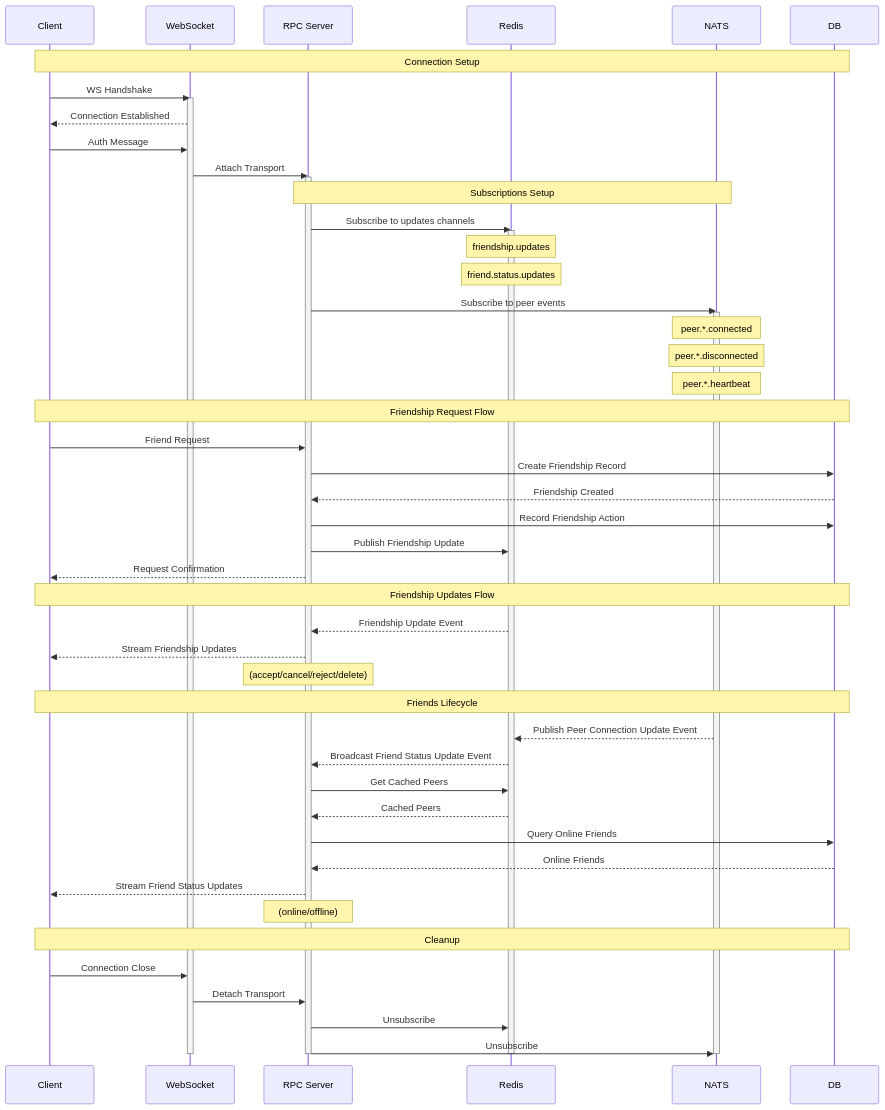
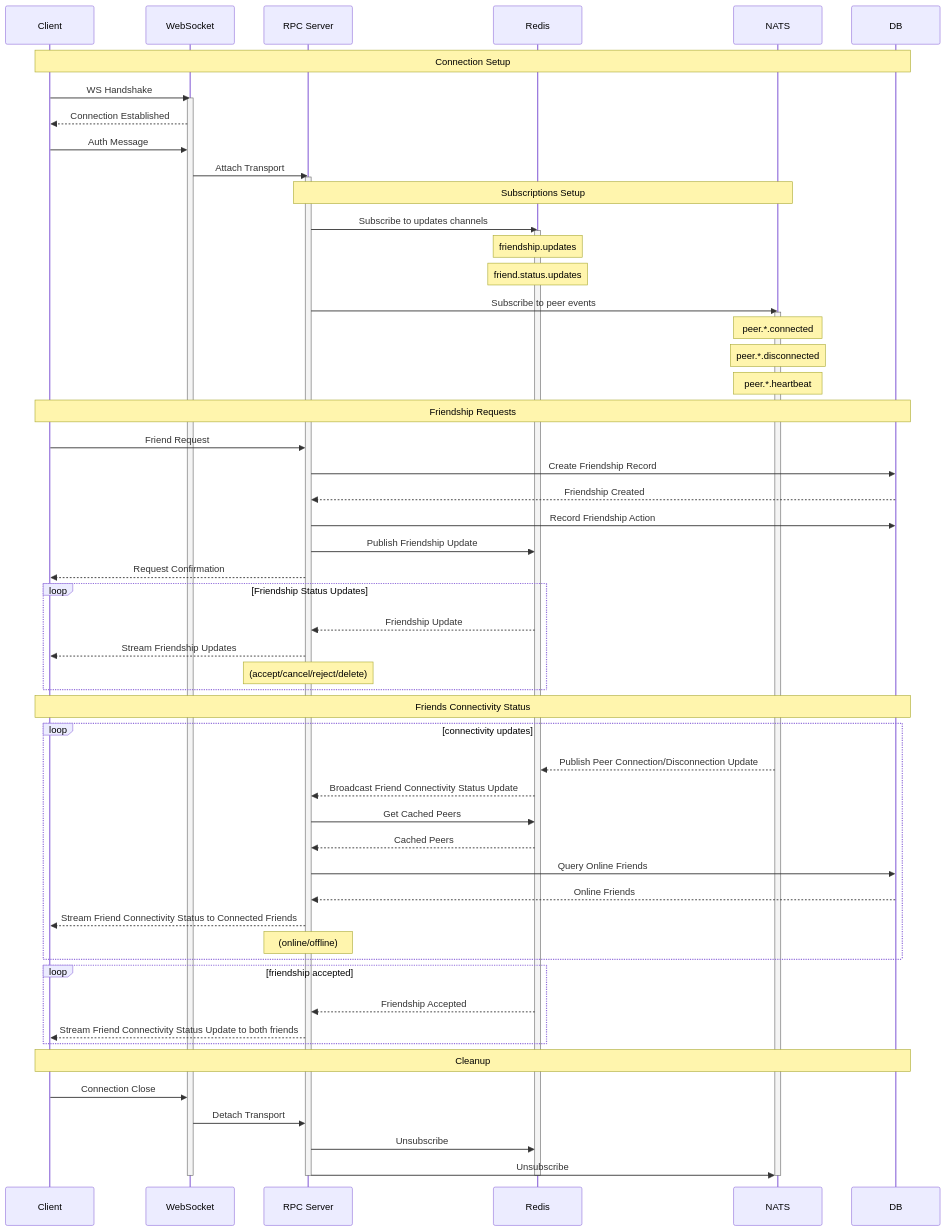
Before and after one commit to decentraland/social-service-ea: the diagram in README.md, drawn with Mermaid. The commit also changed other lines of this file, not shown here.

Commit message:
chore: Improve README flows

````diff
--- a/README.md
+++ b/README.md
@@ -99,61 +81,68 @@
 ```mermaid
 sequenceDiagram
-    participant Client
-    participant WebSocket
-    participant RPC Server
-    participant Redis
-    participant NATS
-    participant DB
+  participant Client
+  participant WebSocket
+  participant RPC Server
+  participant Redis
+  participant NATS
+  participant DB
 
-    Note over Client,DB: Connection Setup
-    Client->>WebSocket: WS Handshake
-    activate WebSocket
-    WebSocket-->>Client: Connection Established
-    Client->>WebSocket: Auth Message
-    WebSocket->>RPC Server: Attach Transport
-    activate RPC Server
+  Note over Client,DB: Connection Setup
+  Client->>WebSocket: WS Handshake
+  activate WebSocket
+  WebSocket-->>Client: Connection Established
+  Client->>WebSocket: Auth Message
+  WebSocket->>RPC Server: Attach Transport
+  activate RPC Server
 
-    Note over RPC Server,NATS: Subscriptions Setup
-    RPC Server->>Redis: Subscribe to updates channels
-    activate Redis
-    Note over Redis: friendship.updates
-    Note over Redis: friend.status.updates
-    RPC Server->>NATS: Subscribe to peer events
-    activate NATS
-    Note over NATS: peer.*.connected
-    Note over NATS: peer.*.disconnected
-    Note over NATS: peer.*.heartbeat
+  Note over RPC Server,NATS: Subscriptions Setup
+  RPC Server->>Redis: Subscribe to updates channels
+  activate Redis
+  Note over Redis: friendship.updates
+  Note over Redis: friend.status.updates
+  RPC Server->>NATS: Subscribe to peer events
+  activate NATS
+  Note over NATS: peer.*.connected
+  Note over NATS: peer.*.disconnected
+  Note over NATS: peer.*.heartbeat
 
-    Note over Client,DB: Friendship Request Flow
-    Client->>RPC Server: Friend Request
-    RPC Server->>DB: Create Friendship Record
-    DB-->>RPC Server: Friendship Created
-    RPC Server->>DB: Record Friendship Action
-    RPC Server->>Redis: Publish Friendship Update
-    RPC Server-->>Client: Request Confirmation
+  Note over Client,DB: Friendship Requests
+  Client->>RPC Server: Friend Request
+  RPC Server->>DB: Create Friendship Record
+  DB-->>RPC Server: Friendship Created
+  RPC Server->>DB: Record Friendship Action
+  RPC Server->>Redis: Publish Friendship Update
+  RPC Server-->>Client: Request Confirmation
 
-    Note over Client,DB: Friendship Updates Flow
-    Redis-->>RPC Server: Friendship Update Event
+  loop Friendship Status Updates
+    Redis-->>RPC Server: Friendship Update
     RPC Server-->>Client: Stream Friendship Updates
     Note over RPC Server: (accept/cancel/reject/delete)
+  end
 
-    Note over Client,DB: Friends Lifecycle
-    NATS-->>Redis: Publish Peer Connection Update Event
-    Redis-->>RPC Server: Broadcast Friend Status Update Event
+  Note over Client,DB: Friends Connectivity Status
+  loop connectivity updates
+    NATS-->>Redis: Publish Peer Connection/Disconnection Update
+    Redis-->>RPC Server: Broadcast Friend Connectivity Status Update
     RPC Server->>Redis: Get Cached Peers
     Redis-->>RPC Server: Cached Peers
     RPC Server->>DB: Query Online Friends
     DB-->>RPC Server: Online Friends
-    RPC Server-->>Client: Stream Friend Status Updates
+    RPC Server-->>Client: Stream Friend Connectivity Status to Connected Friends
     Note over RPC Server: (online/offline)
+  end
+  loop friendship accepted
+    Redis-->>RPC Server: Friendship Accepted
+    RPC Server-->>Client: Stream Friend Connectivity Status Update to both friends
+  end
 
-    Note over Client,DB: Cleanup
-    Client->>WebSocket: Connection Close
-    WebSocket->>RPC Server: Detach Transport
-    RPC Server->>Redis: Unsubscribe
-    RPC Server->>NATS: Unsubscribe
-    deactivate WebSocket
-    deactivate RPC Server
-    deactivate Redis
-    deactivate NATS
+  Note over Client,DB: Cleanup
+  Client->>WebSocket: Connection Close
+  WebSocket->>RPC Server: Detach Transport
+  RPC Server->>Redis: Unsubscribe
+  RPC Server->>NATS: Unsubscribe
+  deactivate WebSocket
+  deactivate RPC Server
+  deactivate Redis
+  deactivate NATS
 ```
````
